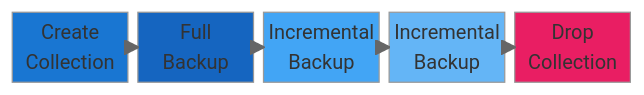
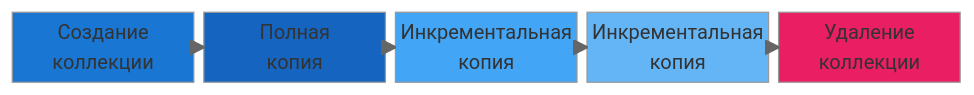
One commit to ydb-platform/ydb changed the diagram in ydb/docs/en/core/concepts/datamodel/backup-collection.md. Above: the diagram before and after it, drawn with Mermaid (neutral theme). The commit also changed other lines of this file and 24 other files, not shown here.

````diff
--- a/ydb/docs/en/core/concepts/datamodel/backup-collection.md
+++ b/ydb/docs/en/core/concepts/datamodel/backup-collection.md
@@ -47,21 +48,21 @@
 ```mermaid
 block-beta
     columns 5
 
-    CREATE["Create\nCollection"]
-    FULL["Full\nBackup"]
-    INC1["Incremental\nBackup"]
-    INC2["Incremental\nBackup"]
-    DROP["Drop\nCollection"]
+    CREATE["Создание\nколлекции"]
+    FULL["Полная\nкопия"]
+    INC1["Инкрементальная\nкопия"]
+    INC2["Инкрементальная\nкопия"]
+    DROP["Удаление\nколлекции"]
 
     CREATE --> FULL
     FULL --> INC1
     INC1 --> INC2
     INC2 --> DROP
 
     style CREATE fill:#1976D2,color:#fff
     style FULL fill:#1565C0,color:#fff
     style INC1 fill:#42A5F5,color:#fff
     style INC2 fill:#64B5F6,color:#000
     style DROP fill:#E91E63,color:#fff
 ```
````
